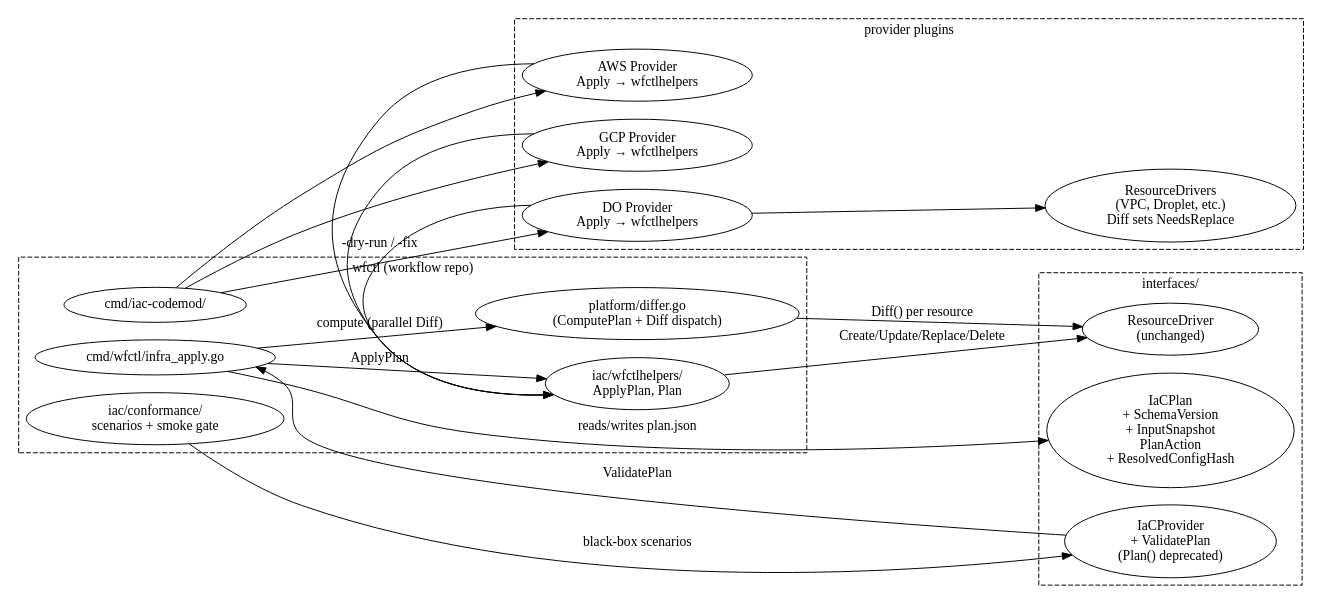
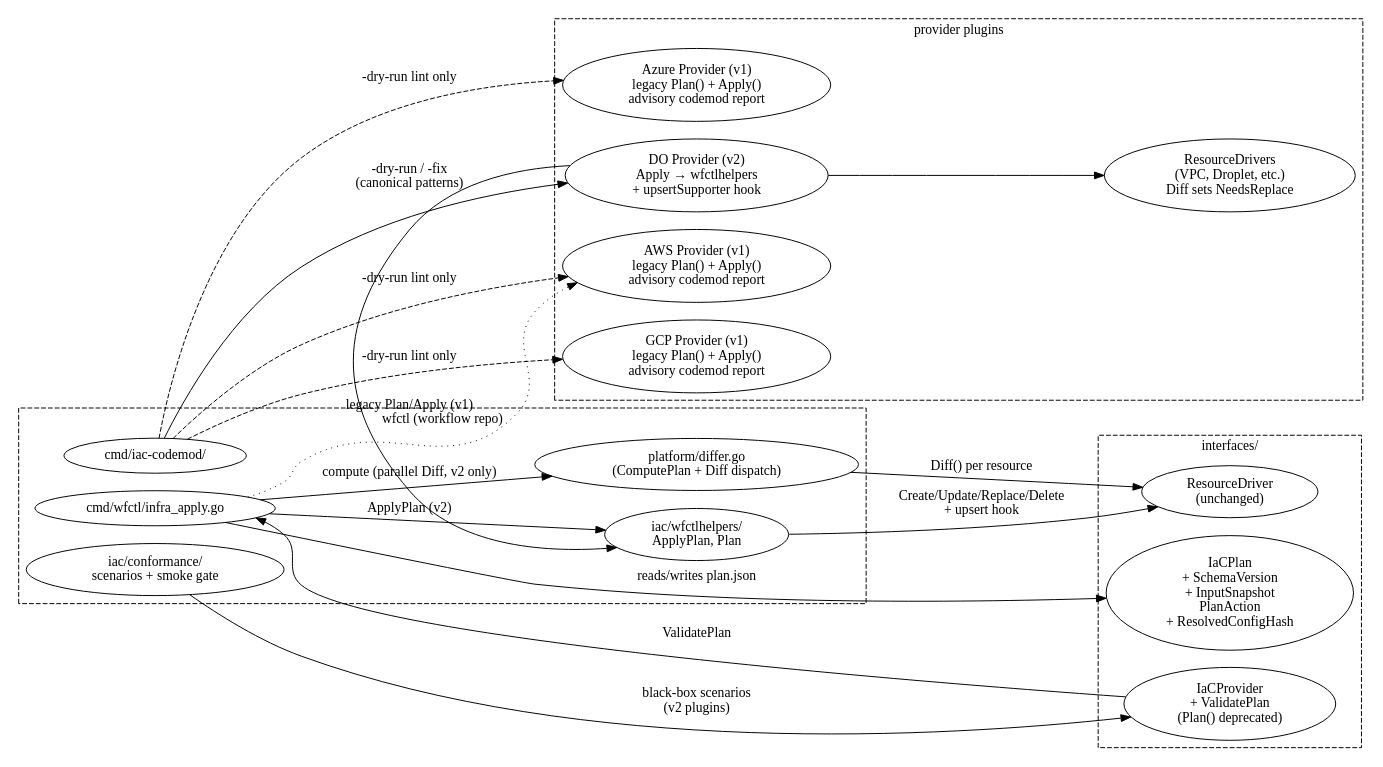
One commit to GoCodeAlone/workflow changed the diagram in docs/plans/2026-05-03-iac-conformance-and-replace-design.md. Above: the diagram before and after it, drawn with Graphviz. The commit also changed other lines of this file, not shown here.

````diff
--- a/docs/plans/2026-05-03-iac-conformance-and-replace-design.md
+++ b/docs/plans/2026-05-03-iac-conformance-and-replace-design.md
@@ -446,47 +492,48 @@
 ```dot
 digraph iac_v2 {
     rankdir=LR;
 
     subgraph cluster_wfctl {
         label="wfctl (workflow repo)";
         style=dashed;
         infra_apply [label="cmd/wfctl/infra_apply.go"];
         platform_diff [label="platform/differ.go\n(ComputePlan + Diff dispatch)"];
         wfctlhelpers [label="iac/wfctlhelpers/\nApplyPlan, Plan"];
         conformance [label="iac/conformance/\nscenarios + smoke gate"];
         codemod [label="cmd/iac-codemod/"];
     }
 
     subgraph cluster_iface {
         label="interfaces/";
         style=dashed;
         iac_provider [label="IaCProvider\n+ ValidatePlan\n(Plan() deprecated)"];
         iac_state [label="IaCPlan\n+ SchemaVersion\n+ InputSnapshot\nPlanAction\n+ ResolvedConfigHash"];
         iac_driver [label="ResourceDriver\n(unchanged)"];
     }
 
     subgraph cluster_plugin {
         label="provider plugins";
         style=dashed;
-        do_plugin [label="DO Provider\nApply → wfctlhelpers"];
-        aws_plugin [label="AWS Provider\nApply → wfctlhelpers"];
-        gcp_plugin [label="GCP Provider\nApply → wfctlhelpers"];
+        do_plugin [label="DO Provider (v2)\nApply → wfctlhelpers\n+ upsertSupporter hook"];
+        aws_plugin [label="AWS Provider (v1)\nlegacy Plan() + Apply()\nadvisory codemod report"];
+        gcp_plugin [label="GCP Provider (v1)\nlegacy Plan() + Apply()\nadvisory codemod report"];
+        az_plugin [label="Azure Provider (v1)\nlegacy Plan() + Apply()\nadvisory codemod report"];
         do_drivers [label="ResourceDrivers\n(VPC, Droplet, etc.)\nDiff sets NeedsReplace"];
     }
 
-    infra_apply -> platform_diff [label="compute (parallel Diff)"];
+    infra_apply -> platform_diff [label="compute (parallel Diff, v2 only)"];
     platform_diff -> iac_driver [label="Diff() per resource"];
-    infra_apply -> wfctlhelpers [label="ApplyPlan"];
-    wfctlhelpers -> iac_driver [label="Create/Update/Replace/Delete"];
+    infra_apply -> wfctlhelpers [label="ApplyPlan (v2)"];
+    infra_apply -> aws_plugin [label="legacy Plan/Apply (v1)" style=dotted];
+    wfctlhelpers -> iac_driver [label="Create/Update/Replace/Delete\n+ upsert hook"];
     do_plugin -> wfctlhelpers;
-    aws_plugin -> wfctlhelpers;
-    gcp_plugin -> wfctlhelpers;
     do_plugin -> do_drivers;
-    conformance -> iac_provider [label="black-box scenarios"];
-    codemod -> do_plugin [label="-dry-run / -fix"];
-    codemod -> aws_plugin;
-    codemod -> gcp_plugin;
+    conformance -> iac_provider [label="black-box scenarios\n(v2 plugins)"];
+    codemod -> do_plugin [label="-dry-run / -fix\n(canonical patterns)"];
+    codemod -> aws_plugin [label="-dry-run lint only" style=dashed];
+    codemod -> gcp_plugin [label="-dry-run lint only" style=dashed];
+    codemod -> az_plugin [label="-dry-run lint only" style=dashed];
     iac_provider -> infra_apply [label="ValidatePlan"];
     infra_apply -> iac_state [label="reads/writes plan.json"];
 }
 ```
````
